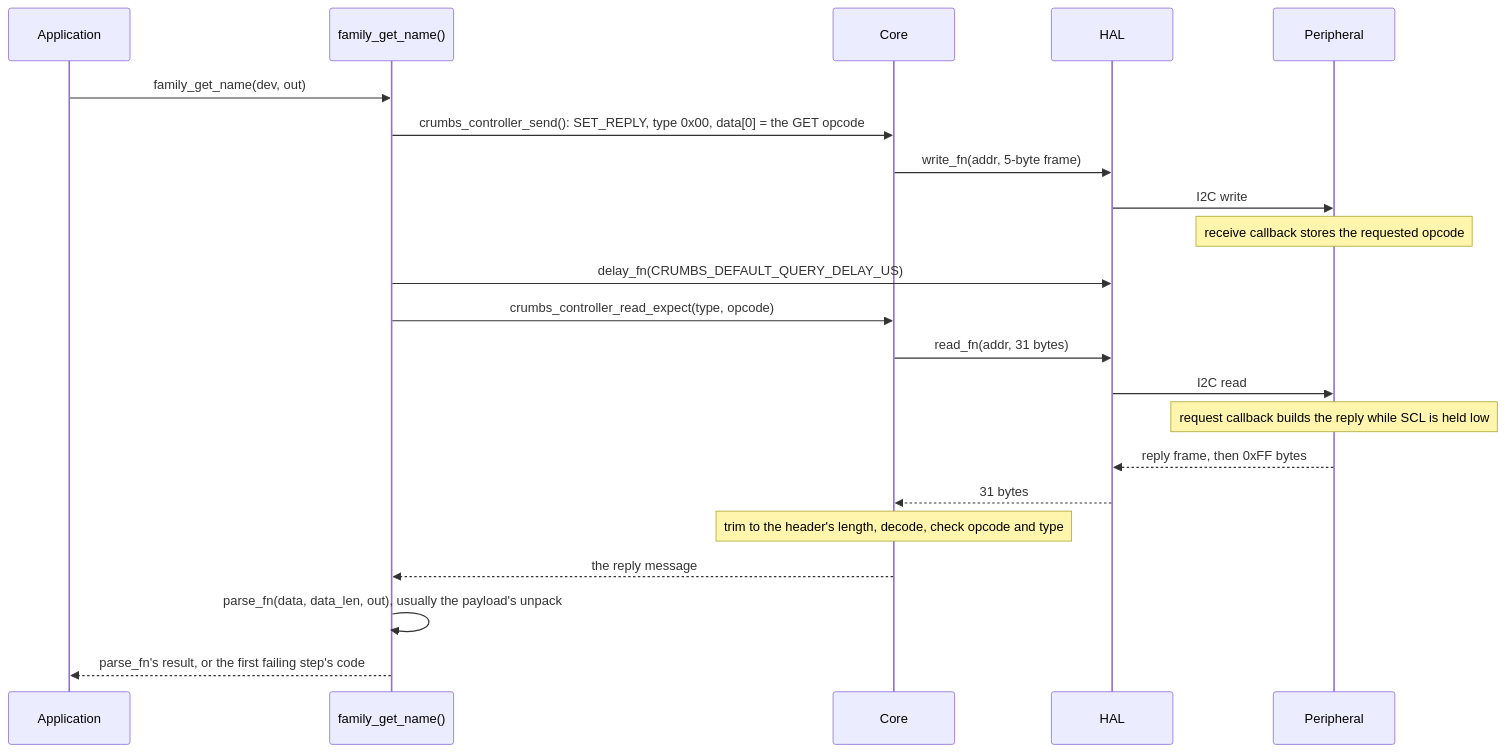
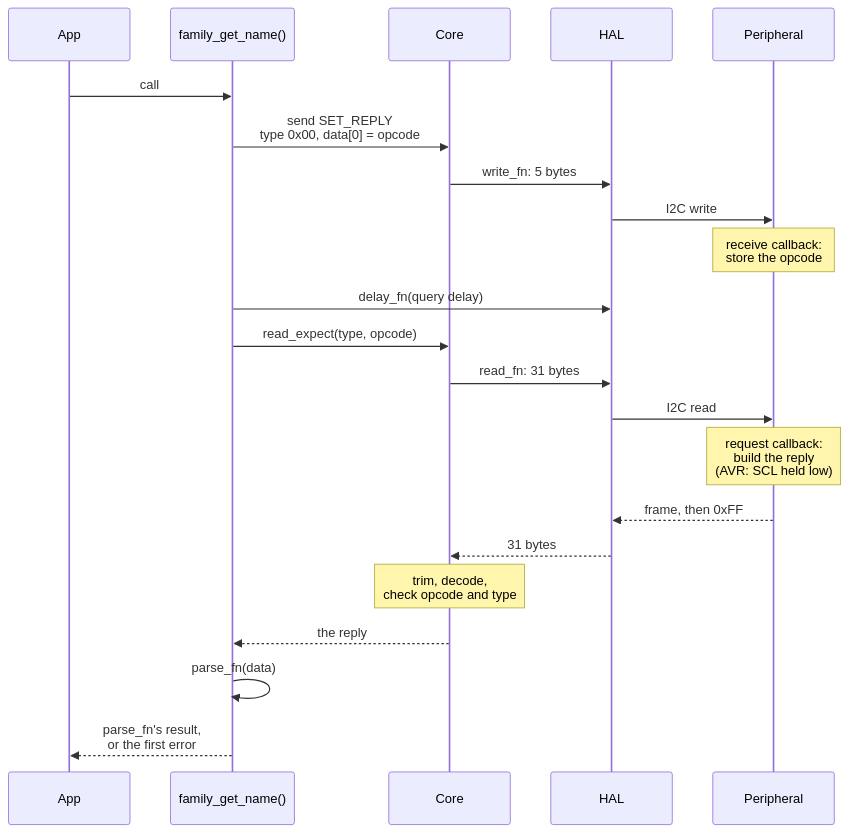
The third of 5 diagrams in docs/architecture.md (feastorg/CRUMBS), drawn with Mermaid before and after one commit. The commit also changed other lines of this file and 1 other file, not shown here.

First line of the commit message:
docs: redraw the mermaid diagrams to fit the page

````diff
--- a/docs/architecture.md
+++ b/docs/architecture.md
@@ -148,24 +150,24 @@
 ```mermaid
 sequenceDiagram
-    participant App as Application
+    participant App
     participant Ops as family_get_name()
-    participant Core as Core
-    participant HAL as HAL
+    participant Core
+    participant HAL
     participant P as Peripheral
-    App->>Ops: family_get_name(dev, out)
-    Ops->>Core: crumbs_controller_send(): SET_REPLY, type 0x00, data[0] = the GET opcode
-    Core->>HAL: write_fn(addr, 5-byte frame)
+    App->>Ops: call
+    Ops->>Core: send SET_REPLY<br/>type 0x00, data[0] = opcode
+    Core->>HAL: write_fn: 5 bytes
     HAL->>P: I2C write
-    Note over P: receive callback stores the requested opcode
-    Ops->>HAL: delay_fn(CRUMBS_DEFAULT_QUERY_DELAY_US)
-    Ops->>Core: crumbs_controller_read_expect(type, opcode)
-    Core->>HAL: read_fn(addr, 31 bytes)
+    Note over P: receive callback:<br/>store the opcode
+    Ops->>HAL: delay_fn(query delay)
+    Ops->>Core: read_expect(type, opcode)
+    Core->>HAL: read_fn: 31 bytes
     HAL->>P: I2C read
-    Note over P: request callback builds the reply while SCL is held low
-    P-->>HAL: reply frame, then 0xFF bytes
+    Note over P: request callback:<br/>build the reply<br/>(AVR: SCL held low)
+    P-->>HAL: frame, then 0xFF
     HAL-->>Core: 31 bytes
-    Note over Core: trim to the header's length, decode, check opcode and type
-    Core-->>Ops: the reply message
-    Ops->>Ops: parse_fn(data, data_len, out), usually the payload's unpack
-    Ops-->>App: parse_fn's result, or the first failing step's code
+    Note over Core: trim, decode,<br/>check opcode and type
+    Core-->>Ops: the reply
+    Ops->>Ops: parse_fn(data)
+    Ops-->>App: parse_fn's result,<br/>or the first error
 ```
````
